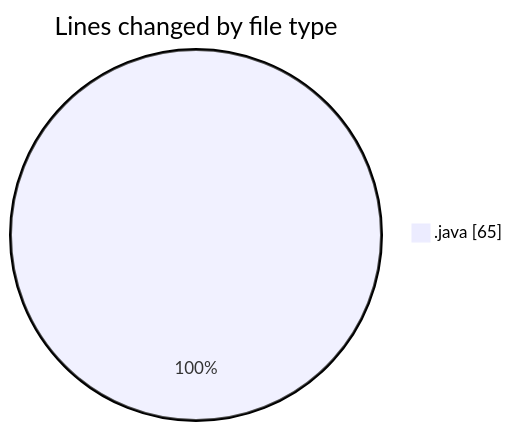
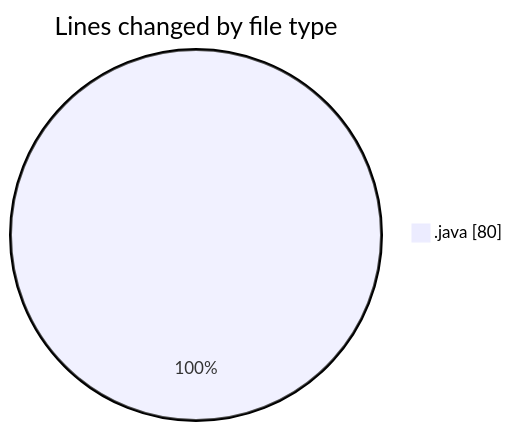
One commit to hasnaa123/code-tracking changed the first of 2 diagrams in 2026-10-04/taskforge/README.md. Above: the diagram before and after it, drawn with Mermaid. The commit also changed other lines of this file and 1 other file, not shown here.

````diff
--- a/2026-10-04/taskforge/README.md
+++ b/2026-10-04/taskforge/README.md
@@ -20,5 +20,5 @@
 ```mermaid
 pie showData
 title Lines changed by file type
-".java" : 65
+".java" : 80
 ```
````
